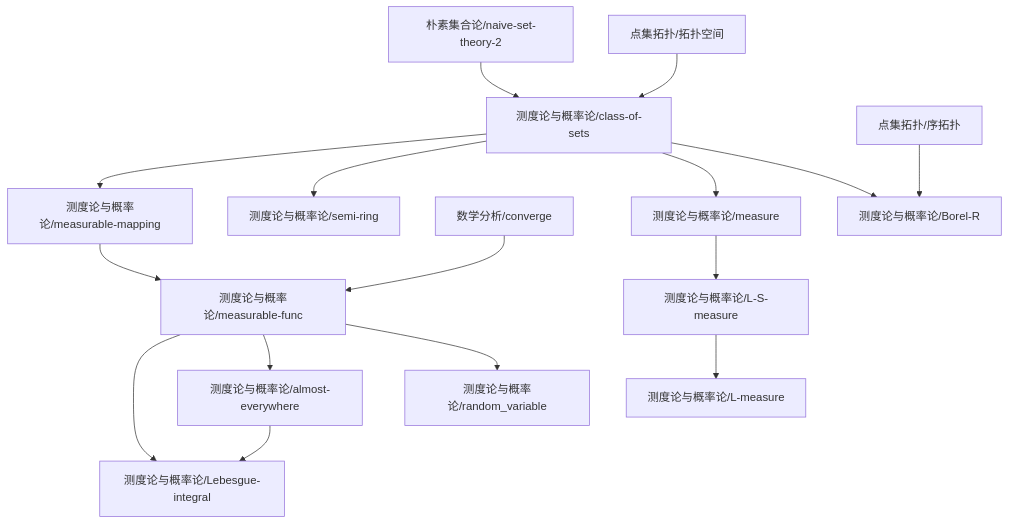
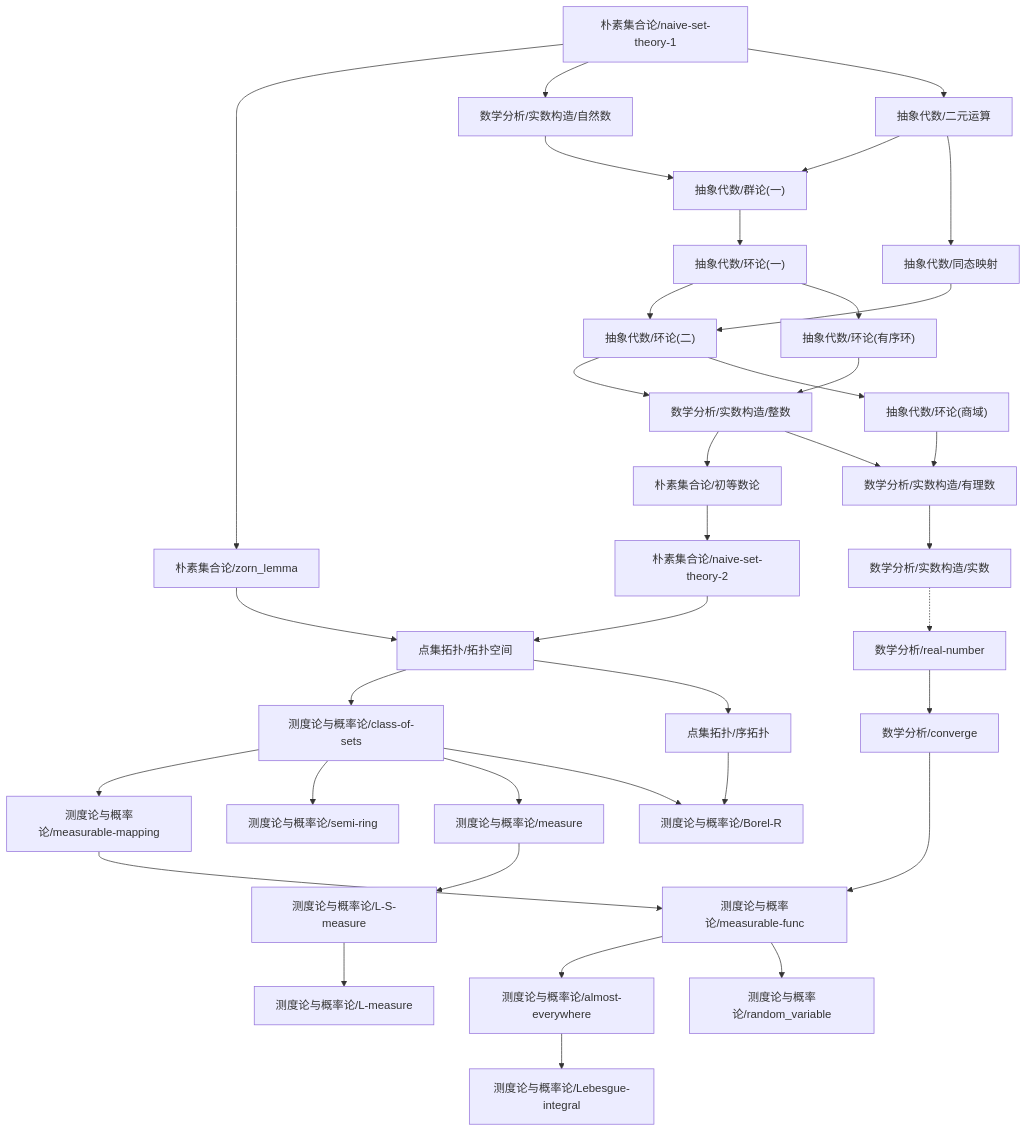
Before and after one commit to zeroDtree/zeroDtree.github.io: the diagram in content/测度论与概率论/dependency_graph.md, drawn with Mermaid. The commit also changed 86 other files, not shown here.

````diff
--- a/content/测度论与概率论/dependency_graph.md
+++ b/content/测度论与概率论/dependency_graph.md
@@ -1,18 +1,39 @@
 ```mermaid
 graph TD
-1["朴素集合论/naive-set-theory-2"] --> 0["测度论与概率论/class-of-sets"]
-2["点集拓扑/拓扑空间"] --> 0["测度论与概率论/class-of-sets"]
-4["测度论与概率论/measurable-func"] --> 3["测度论与概率论/Lebesgue-integral"]
-5["测度论与概率论/almost-everywhere"] --> 3["测度论与概率论/Lebesgue-integral"]
-0["测度论与概率论/class-of-sets"] --> 6["测度论与概率论/measurable-mapping"]
-8["测度论与概率论/measure"] --> 7["测度论与概率论/L-S-measure"]
-6["测度论与概率论/measurable-mapping"] --> 4["测度论与概率论/measurable-func"]
-9["数学分析/converge"] --> 4["测度论与概率论/measurable-func"]
-0["测度论与概率论/class-of-sets"] --> 10["测度论与概率论/semi-ring"]
-4["测度论与概率论/measurable-func"] --> 5["测度论与概率论/almost-everywhere"]
-4["测度论与概率论/measurable-func"] --> 11["测度论与概率论/random_variable"]
-0["测度论与概率论/class-of-sets"] --> 8["测度论与概率论/measure"]
-7["测度论与概率论/L-S-measure"] --> 13["测度论与概率论/L-measure"]
-0["测度论与概率论/class-of-sets"] --> 14["测度论与概率论/Borel-R"]
-15["点集拓扑/序拓扑"] --> 14["测度论与概率论/Borel-R"]
+1["点集拓扑/拓扑空间"] --> 0["测度论与概率论/class-of-sets"]
+3["测度论与概率论/almost-everywhere"] --> 2["测度论与概率论/Lebesgue-integral"]
+0["测度论与概率论/class-of-sets"] --> 4["测度论与概率论/measurable-mapping"]
+6["测度论与概率论/measure"] --> 5["测度论与概率论/L-S-measure"]
+4["测度论与概率论/measurable-mapping"] --> 7["测度论与概率论/measurable-func"]
+8["数学分析/converge"] --> 7["测度论与概率论/measurable-func"]
+0["测度论与概率论/class-of-sets"] --> 9["测度论与概率论/semi-ring"]
+7["测度论与概率论/measurable-func"] --> 3["测度论与概率论/almost-everywhere"]
+7["测度论与概率论/measurable-func"] --> 10["测度论与概率论/random_variable"]
+0["测度论与概率论/class-of-sets"] --> 6["测度论与概率论/measure"]
+5["测度论与概率论/L-S-measure"] --> 12["测度论与概率论/L-measure"]
+0["测度论与概率论/class-of-sets"] --> 13["测度论与概率论/Borel-R"]
+14["点集拓扑/序拓扑"] --> 13["测度论与概率论/Borel-R"]
+1["点集拓扑/拓扑空间"] --> 14["点集拓扑/序拓扑"]
+15["朴素集合论/naive-set-theory-2"] --> 1["点集拓扑/拓扑空间"]
+16["朴素集合论/zorn_lemma"] --> 1["点集拓扑/拓扑空间"]
+17["朴素集合论/初等数论"] --> 15["朴素集合论/naive-set-theory-2"]
+18["朴素集合论/naive-set-theory-1"] --> 16["朴素集合论/zorn_lemma"]
+19["数学分析/实数构造/整数"] --> 17["朴素集合论/初等数论"]
+20["抽象代数/环论(二)"] --> 19["数学分析/实数构造/整数"]
+21["抽象代数/环论(有序环)"] --> 19["数学分析/实数构造/整数"]
+22["抽象代数/环论(一)"] --> 20["抽象代数/环论(二)"]
+23["抽象代数/同态映射"] --> 20["抽象代数/环论(二)"]
+22["抽象代数/环论(一)"] --> 21["抽象代数/环论(有序环)"]
+24["抽象代数/群论(一)"] --> 22["抽象代数/环论(一)"]
+25["数学分析/实数构造/自然数"] --> 24["抽象代数/群论(一)"]
+26["抽象代数/二元运算"] --> 24["抽象代数/群论(一)"]
+18["朴素集合论/naive-set-theory-1"] --> 25["数学分析/实数构造/自然数"]
+18["朴素集合论/naive-set-theory-1"] --> 26["抽象代数/二元运算"]
+26["抽象代数/二元运算"] --> 23["抽象代数/同态映射"]
+27["数学分析/real-number"] --> 8["数学分析/converge"]
+28["数学分析/实数构造/实数"] -.-> 27["数学分析/real-number"]
+29["数学分析/实数构造/有理数"] --> 28["数学分析/实数构造/实数"]
+19["数学分析/实数构造/整数"] --> 29["数学分析/实数构造/有理数"]
+30["抽象代数/环论(商域)"] --> 29["数学分析/实数构造/有理数"]
+20["抽象代数/环论(二)"] --> 30["抽象代数/环论(商域)"]
 ```
````
